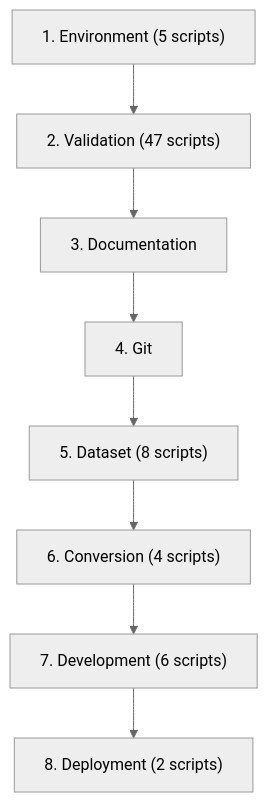
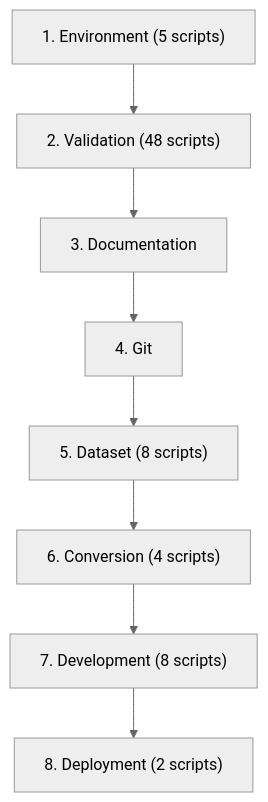
One commit to chanuka8/argus-gait-recognition changed the second of 3 diagrams in scripts/README.md. Above: the diagram before and after it, drawn with Mermaid (neutral theme). The commit also changed other lines of this file and 5 other files, not shown here.

````diff
--- a/scripts/README.md
+++ b/scripts/README.md
@@ -967,18 +979,18 @@
 ```mermaid
 flowchart TD
     step1["1. Environment (5 scripts)"]
-    step2["2. Validation (47 scripts)"]
+    step2["2. Validation (48 scripts)"]
     step1 --> step2
     step3["3. Documentation"]
     step2 --> step3
     step4["4. Git"]
     step3 --> step4
     step5["5. Dataset (8 scripts)"]
     step4 --> step5
     step6["6. Conversion (4 scripts)"]
     step5 --> step6
-    step7["7. Development (6 scripts)"]
+    step7["7. Development (8 scripts)"]
     step6 --> step7
     step8["8. Deployment (2 scripts)"]
     step7 --> step8
 ```
````
